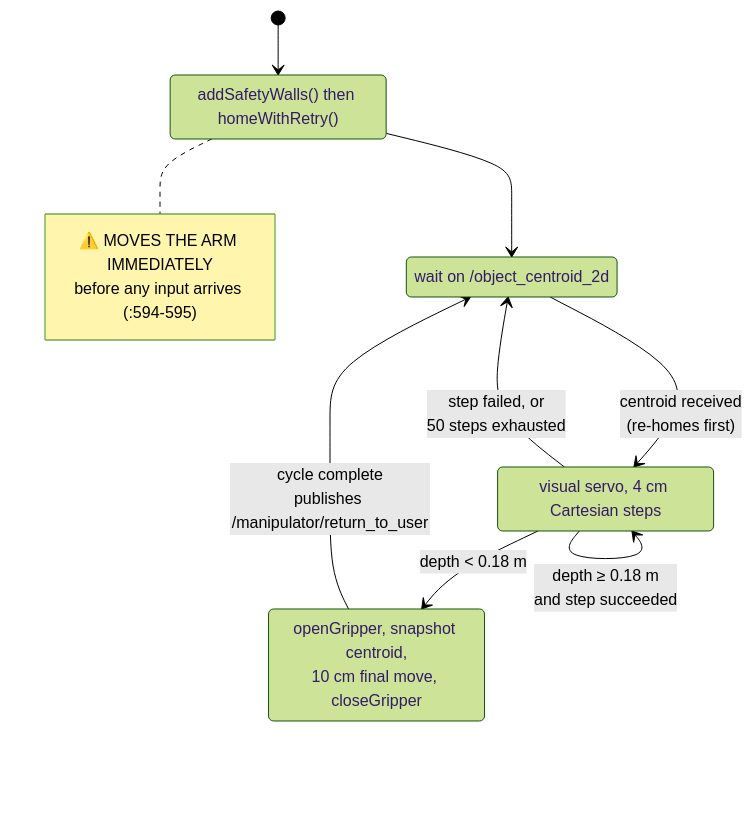
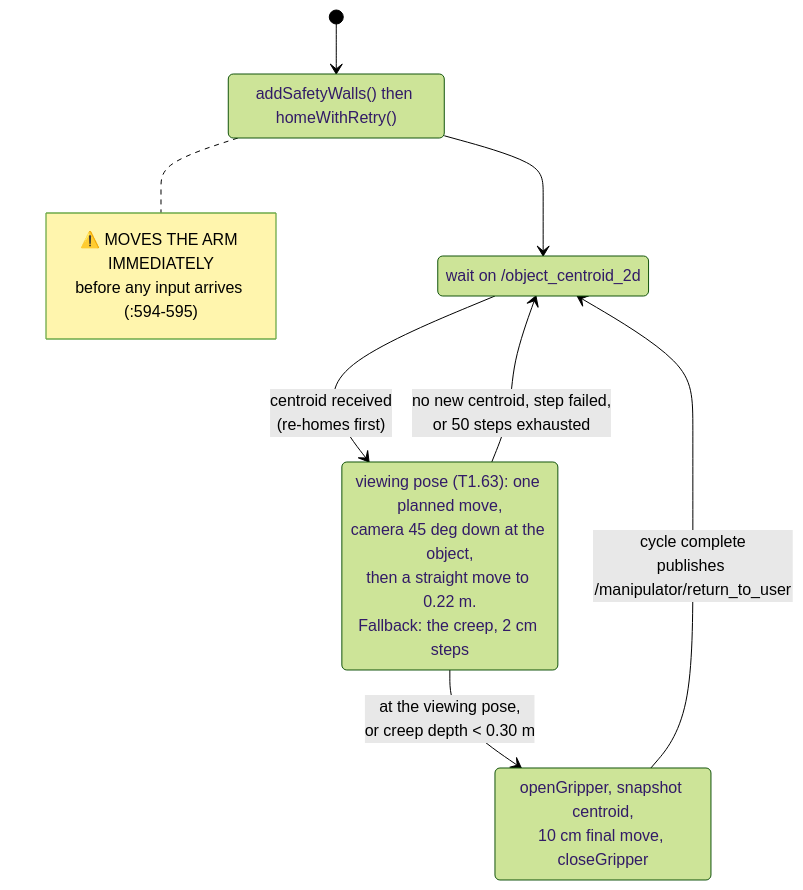
Before and after one commit to dionyichia/Gappler: the ninth of 9 diagrams in docs/ARCHITECTURE.md, drawn with Mermaid (forest theme). The commit also changed other lines of this file and 1 other file, not shown here.

Commit message:
T1.63: docs describe SELECTING as the viewing pose
ARCHITECTURE state diagram and ORIENTATION walkthrough: one planned
move to a viewing pose, then a straight move to 0.22 m, with the 2 cm
creep as the fallback.

````diff
--- a/docs/ARCHITECTURE.md
+++ b/docs/ARCHITECTURE.md
@@ -465,21 +465,20 @@
 ```mermaid
 stateDiagram-v2
     [*] --> Startup
     Startup: addSafetyWalls() then homeWithRetry()
     note right of Startup
         ⚠️ MOVES THE ARM IMMEDIATELY
         before any input arrives (:594-595)
     end note
     Startup --> IDLE
 
     IDLE: wait on /object_centroid_2d
     IDLE --> SELECTING: centroid received<br/>(re-homes first)
 
-    SELECTING: visual servo, 4 cm Cartesian steps
-    SELECTING --> SELECTING: depth ≥ 0.18 m<br/>and step succeeded
-    SELECTING --> EXECUTING: depth < 0.18 m
-    SELECTING --> IDLE: step failed, or<br/>50 steps exhausted
+    SELECTING: viewing pose (T1.63): one planned move,<br/>camera 45 deg down at the object,<br/>then a straight move to 0.22 m.<br/>Fallback: the creep, 2 cm steps
+    SELECTING --> EXECUTING: at the viewing pose,<br/>or creep depth < 0.30 m
+    SELECTING --> IDLE: no new centroid, step failed,<br/>or 50 steps exhausted
 
     EXECUTING: openGripper, snapshot centroid,<br/>10 cm final move, closeGripper
     EXECUTING --> IDLE: cycle complete<br/>publishes /manipulator/return_to_user
 ```
````
